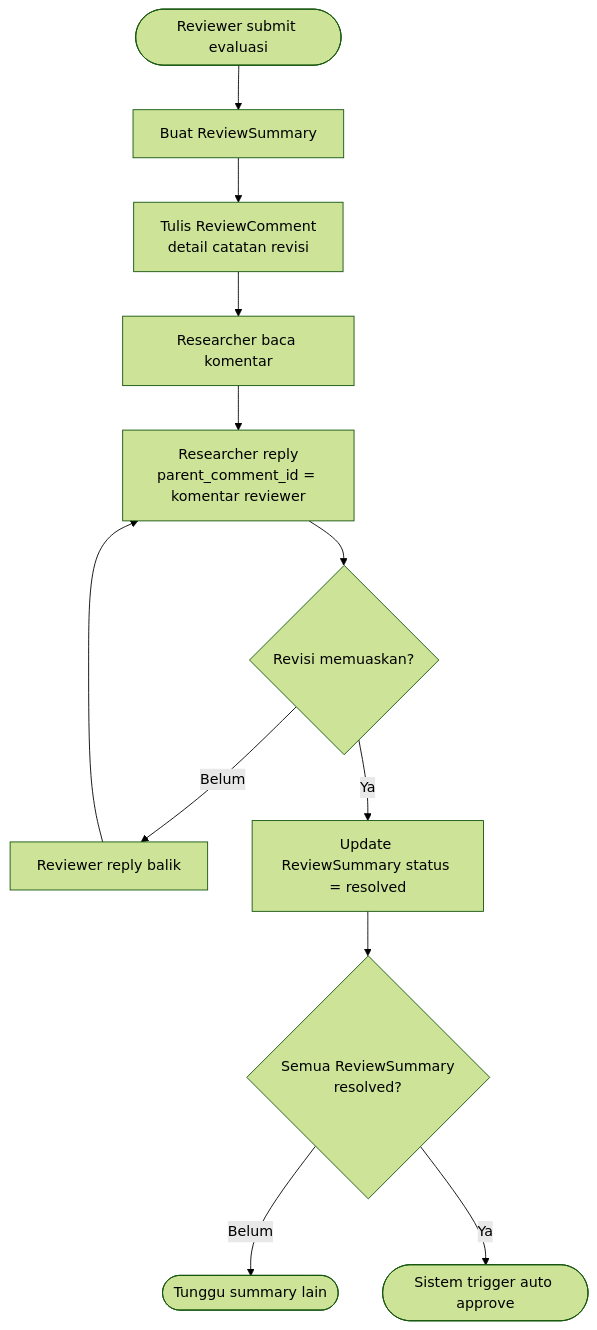
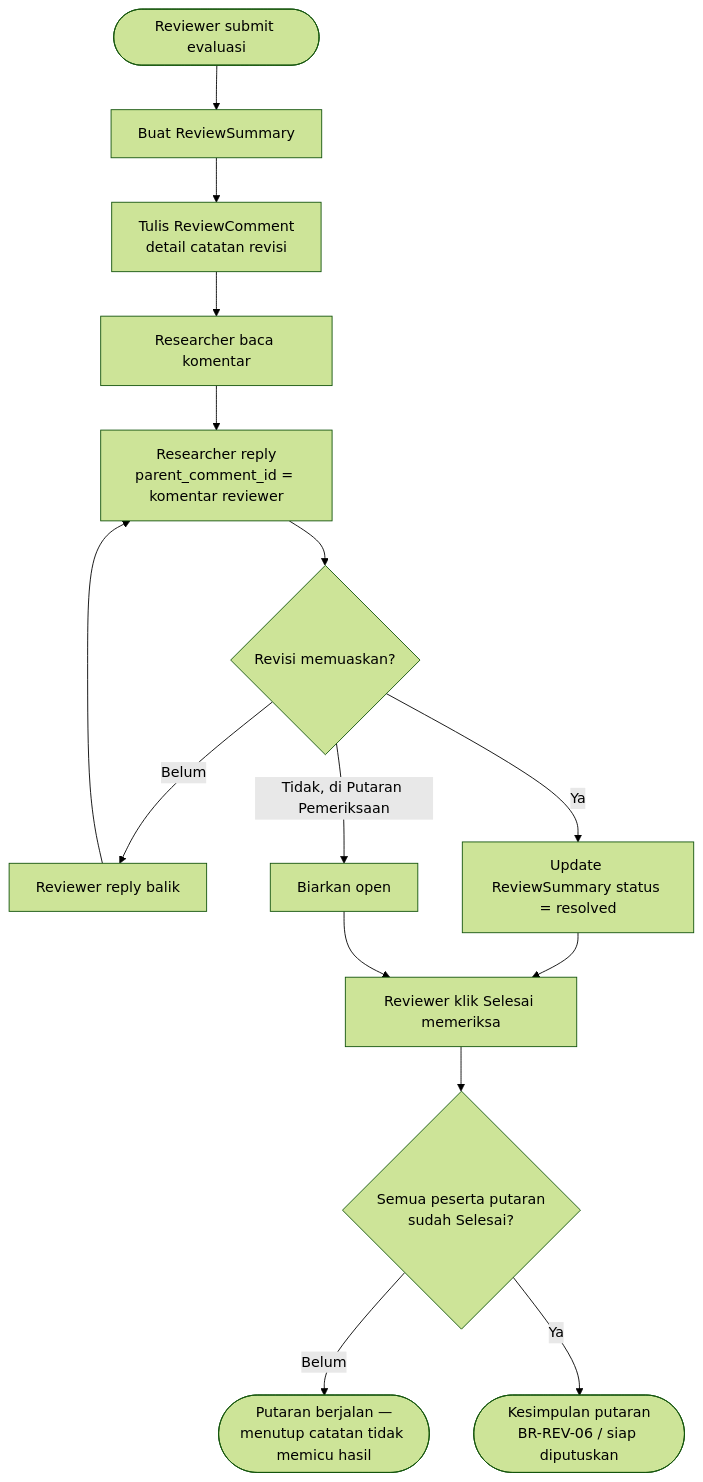
One commit to nas11ai/sim-kerjasama-itk changed the second of 4 diagrams in docs/requirement-analysis/ddd/core/02_review.md. Above: the diagram before and after it, drawn with Mermaid (forest theme). The commit also changed other lines of this file and 7 other files, not shown here.

Commit message:
docs(ddd): putaran review dan persetujuan operator (ADR 0018)

````diff
--- a/docs/requirement-analysis/ddd/core/02_review.md
+++ b/docs/requirement-analysis/ddd/core/02_review.md
@@ -77,14 +87,17 @@
 ```mermaid
 flowchart TD
     START([Reviewer submit evaluasi]) --> A[Buat ReviewSummary]
     A --> B[Tulis ReviewComment<br/>detail catatan revisi]
     B --> C[Researcher baca komentar]
     C --> D[Researcher reply<br/>parent_comment_id = komentar reviewer]
     D --> E{Revisi memuaskan?}
     E -->|Belum| F[Reviewer reply balik]
     F --> D
     E -->|Ya| G[Update ReviewSummary status = resolved]
-    G --> H{Semua ReviewSummary<br/>resolved?}
-    H -->|Belum| WAIT([Tunggu summary lain])
-    H -->|Ya| AUTO([Sistem trigger auto approve])
+    E -->|Tidak, di Putaran Pemeriksaan| K[Biarkan open]
+    G --> H[Reviewer klik Selesai memeriksa]
+    K --> H
+    H --> I{Semua peserta putaran<br/>sudah Selesai?}
+    I -->|Belum| WAIT([Putaran berjalan —<br/>menutup catatan tidak memicu hasil])
+    I -->|Ya| AUTO([Kesimpulan putaran<br/>BR-REV-06 / siap diputuskan])
 ```
````
